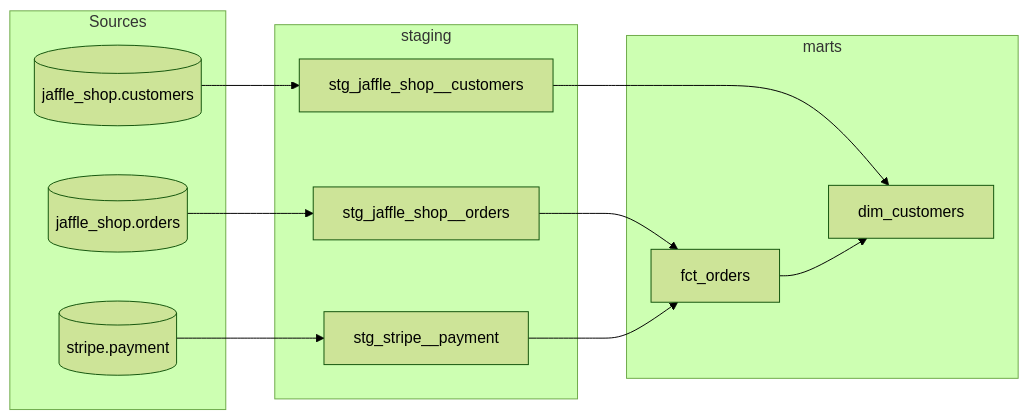
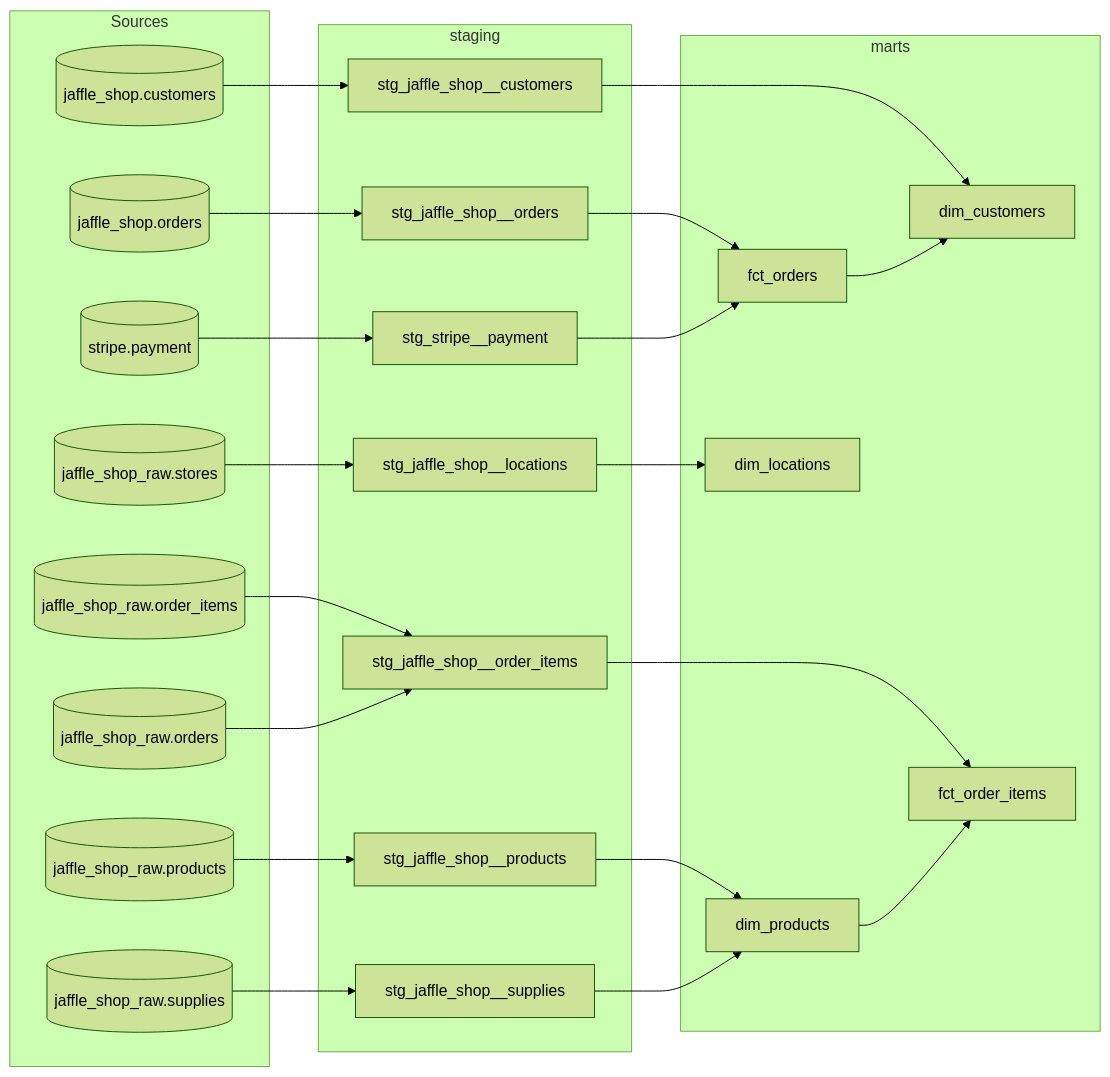
One commit to semsem23/dbt-gt-init changed the diagram in README.md. Above: the diagram before and after it, drawn with Mermaid (forest theme). The commit also changed other lines of this file, not shown here.

````diff
--- a/README.md
+++ b/README.md
@@ -9,29 +10,53 @@
 ```mermaid
 flowchart LR
     subgraph sources [Sources]
         src_customers[(jaffle_shop.customers)]
         src_orders[(jaffle_shop.orders)]
         src_payment[(stripe.payment)]
+        src_raw_orders[(jaffle_shop_raw.orders)]
+        src_raw_items[(jaffle_shop_raw.order_items)]
+        src_raw_products[(jaffle_shop_raw.products)]
+        src_raw_stores[(jaffle_shop_raw.stores)]
+        src_raw_supplies[(jaffle_shop_raw.supplies)]
     end
 
     subgraph staging [staging]
         stg_customers[stg_jaffle_shop__customers]
         stg_orders[stg_jaffle_shop__orders]
         stg_payment[stg_stripe__payment]
+        stg_order_items[stg_jaffle_shop__order_items]
+        stg_products[stg_jaffle_shop__products]
+        stg_locations[stg_jaffle_shop__locations]
+        stg_supplies[stg_jaffle_shop__supplies]
     end
 
     subgraph marts [marts]
         fct_orders[fct_orders]
         dim_customers[dim_customers]
+        dim_products[dim_products]
+        dim_locations[dim_locations]
+        fct_order_items[fct_order_items]
     end
 
     src_customers --> stg_customers
     src_orders --> stg_orders
     src_payment --> stg_payment
+    src_raw_items --> stg_order_items
+    src_raw_orders --> stg_order_items
+    src_raw_products --> stg_products
+    src_raw_stores --> stg_locations
+    src_raw_supplies --> stg_supplies
 
     stg_orders --> fct_orders
     stg_payment --> fct_orders
 
     stg_customers --> dim_customers
     fct_orders --> dim_customers
+
+    stg_products --> dim_products
+    stg_supplies --> dim_products
+    stg_locations --> dim_locations
+
+    stg_order_items --> fct_order_items
+    dim_products --> fct_order_items
 ```
````
